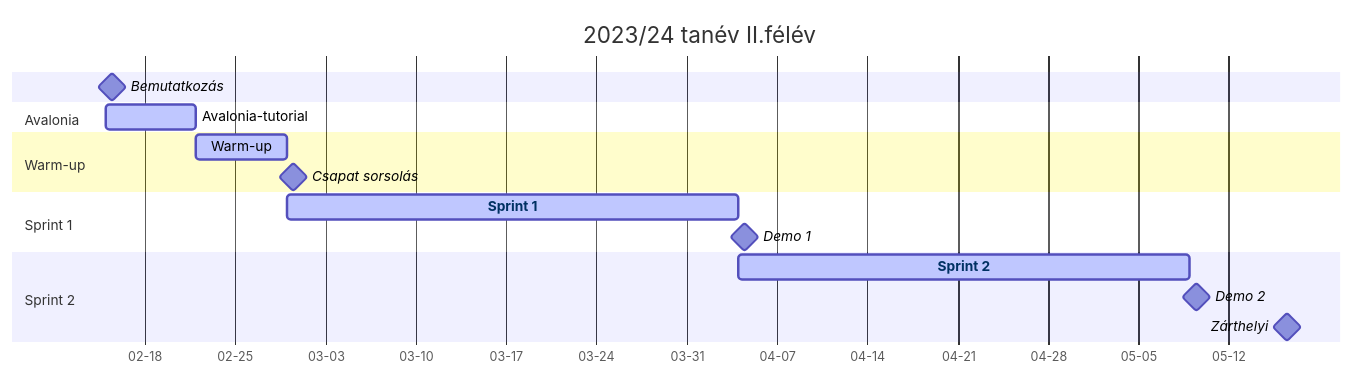
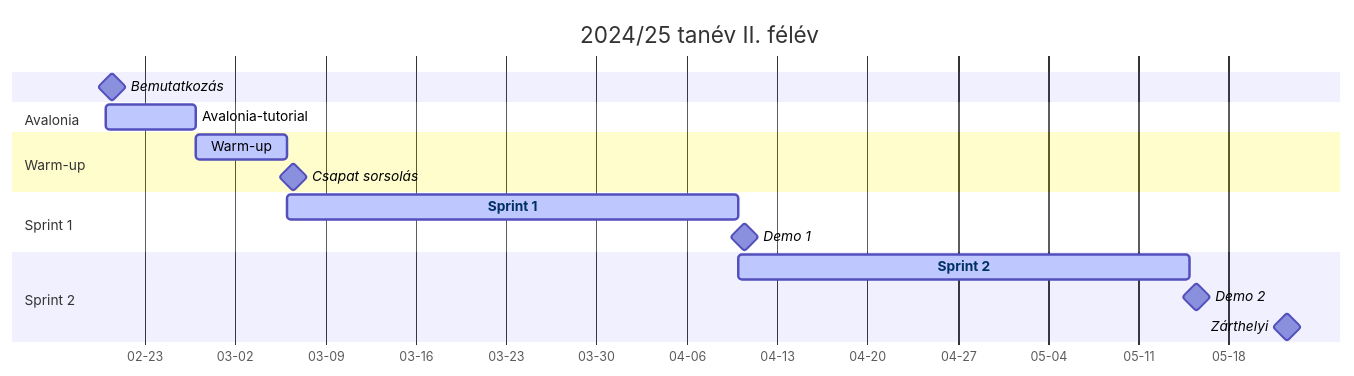
The diagram in src/schedule.md (SzFMV2025-Tavasz/handout), drawn with Mermaid before and after one commit. The commit also changed other lines of this file, not shown here.

```diff
--- a/src/schedule.md
+++ b/src/schedule.md
@@ -34,21 +34,21 @@
 <div class="mermaid">
     gantt
     dateFormat  YYYY-MM-DD
     axisFormat  %m-%d
-    title 2023/24 tanév II.félév
-    Bemutatkozás :milestone, 2024-02-15, 1d
+    title 2024/25 tanév II. félév
+    Bemutatkozás :milestone, 2025-02-20, 1d
     section Avalonia
-        Avalonia-tutorial: active, avalonia-tutorial, 2024-02-15, 1w
+        Avalonia-tutorial: active, avalonia-tutorial, 2025-02-20, 1w
     section Warm-up
-        Warm-up :active, warmup, 2024-02-22, 1w
+        Warm-up :active, warmup, 2025-02-27, 1w
     Csapat sorsolás :milestone, after warmup, 1d
     section Sprint 1
         Sprint 1 :active, sprint1, after warmup, 5w
     Demo 1 :milestone, after sprint1, 1d
     section Sprint 2
         Sprint 2 :active, sprint2, after sprint1, 5w
     Demo 2 :milestone, after sprint2, 1d
-    Zárthelyi :milestone, 2024-05-16, 1d
-    click sprint1 href "./sprint_1.html"
-    click sprint2 href "./sprint_2.html"
+    Zárthelyi :milestone, 2025-05-22, 1d
+    click sprint1 href "./sprints/sprint_1.html"
+    click sprint2 href "./sprints/sprint_2.html"
 </div>
```
